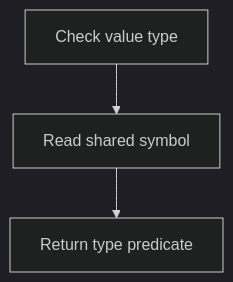
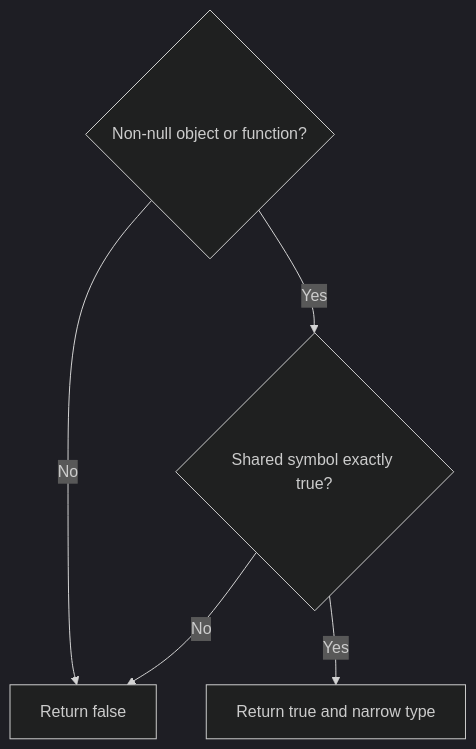
Before and after one commit to Kevinjohn/oss-adonisjs-lucid-soft-delete: the second of 2 diagrams in user-stories/integration/us-app-08-capability.md, drawn with Mermaid (dark theme). The commit also changed other lines of this file and 22 other files, not shown here.

Commit message:
docs: verify user story paths and Mermaid flows against implementation

````diff
--- a/user-stories/integration/us-app-08-capability.md
+++ b/user-stories/integration/us-app-08-capability.md
@@ -26,4 +28,7 @@
 ```mermaid
 flowchart TD
-    A["Check value type"] --> B["Read shared symbol"] --> C["Return type predicate"]
+    A{"Non-null object or function?"} -->|No| D["Return false"]
+    A -->|Yes| B{"Shared symbol exactly true?"}
+    B -->|No| D
+    B -->|Yes| C["Return true and narrow type"]
 ```
````
